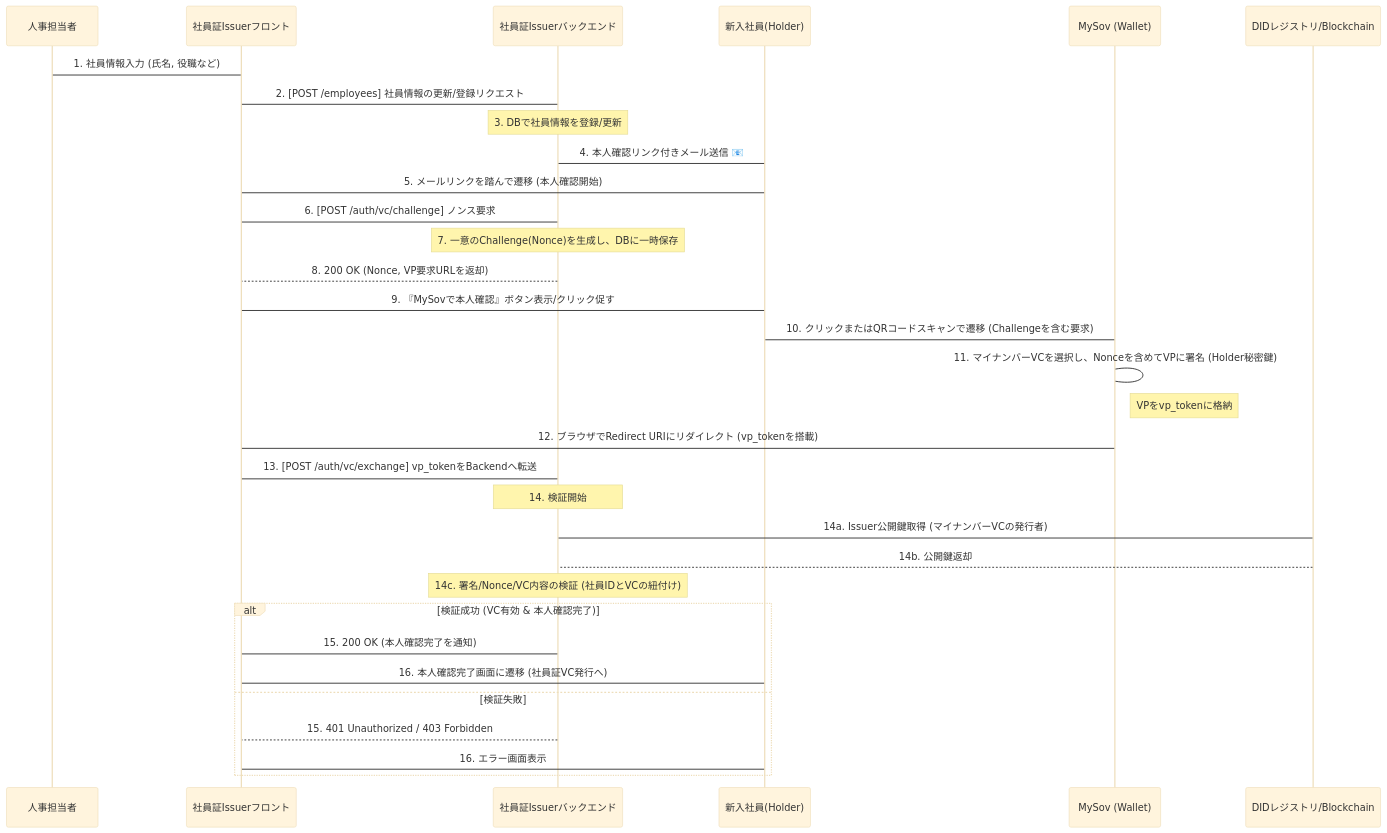
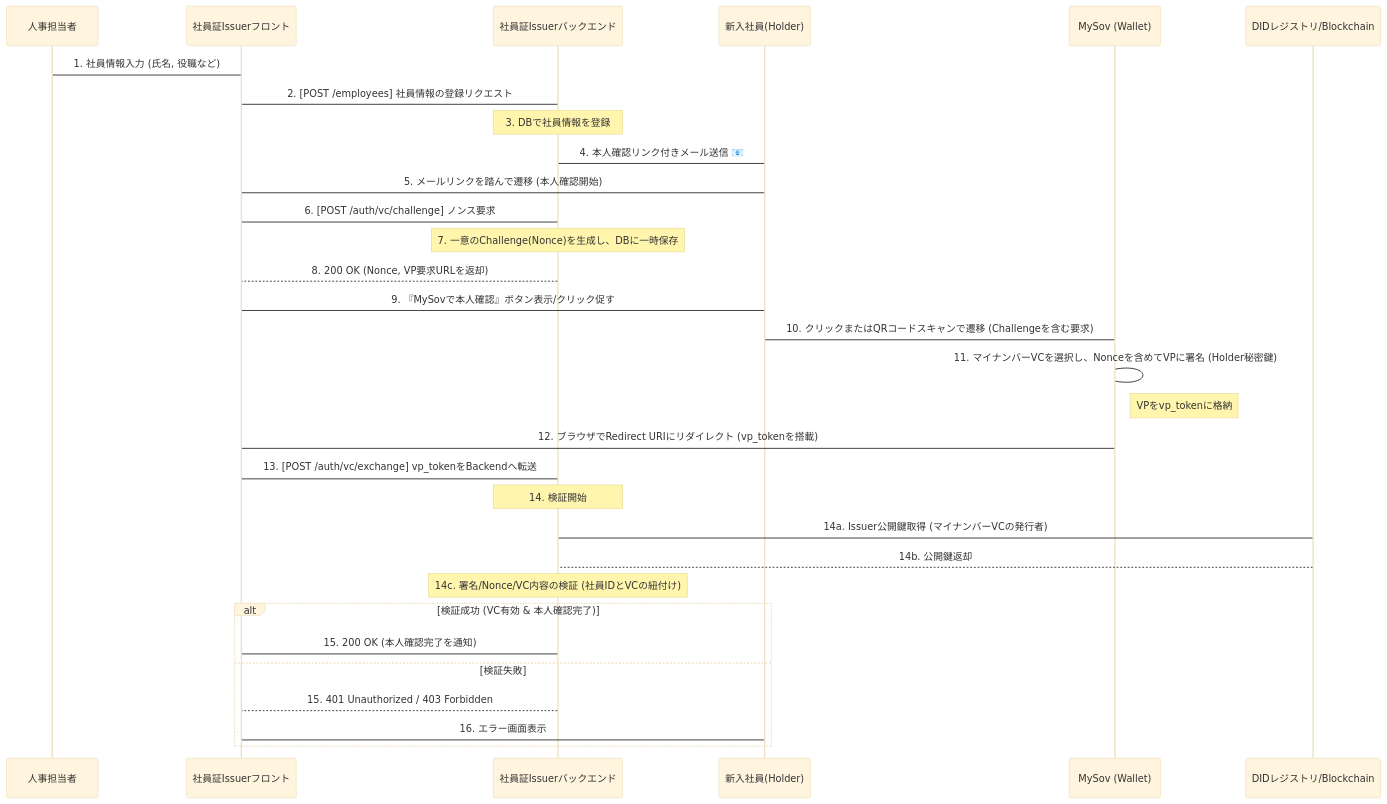
The second of 2 diagrams in README.md (satoke-dp/sample), drawn with Mermaid (base theme) before and after one commit.

````diff
--- a/README.md
+++ b/README.md
@@ -42,45 +42,44 @@
 ```mermaid
 sequenceDiagram
     participant HR as 人事担当者
     participant IssuerFE as 社員証Issuerフロント
     participant IssuerBE as 社員証Issuerバックエンド
     participant NewHire as 新入社員(Holder)
     participant MySov as MySov (Wallet)
     participant VDR as DIDレジストリ/Blockchain
 
     %% 1. 情報入力と更新 (発行のトリガー)
     HR->IssuerFE: 1. 社員情報入力 (氏名, 役職など)
-    IssuerFE->IssuerBE: 2. [POST /employees] 社員情報の更新/登録リクエスト
-    Note over IssuerBE: 3. DBで社員情報を登録/更新
+    IssuerFE->IssuerBE: 2. [POST /employees] 社員情報の登録リクエスト
+    Note over IssuerBE: 3. DBで社員情報を登録
     IssuerBE->NewHire: 4. 本人確認リンク付きメール送信 📧
 
     %% 5. VC検証要求 (Challenge Generation)
     NewHire->IssuerFE: 5. メールリンクを踏んで遷移 (本人確認開始)
     IssuerFE->IssuerBE: 6. [POST /auth/vc/challenge] ノンス要求
     Note over IssuerBE: 7. 一意のChallenge(Nonce)を生成し、DBに一時保存
     IssuerBE-->IssuerFE: 8. 200 OK (Nonce, VP要求URLを返却)
     
     IssuerFE->NewHire: 9. 『MySovで本人確認』ボタン表示/クリック促す
     NewHire->MySov: 10. クリックまたはQRコードスキャンで遷移 (Challengeを含む要求)
 
     %% 6. 署名と提示 (VP Presentation)
     MySov->MySov: 11. マイナンバーVCを選択し、Nonceを含めてVPに署名 (Holder秘密鍵)
     Note right of MySov: VPをvp_tokenに格納
     MySov->IssuerFE: 12. ブラウザでRedirect URIにリダイレクト (vp_tokenを搭載)
 
     %% 7. 検証と認証 (Verification)
     IssuerFE->IssuerBE: 13. [POST /auth/vc/exchange] vp_tokenをBackendへ転送
     
     Note over IssuerBE: 14. 検証開始
     IssuerBE->VDR: 14a. Issuer公開鍵取得 (マイナンバーVCの発行者)
     VDR-->IssuerBE: 14b. 公開鍵返却
     Note over IssuerBE: 14c. 署名/Nonce/VC内容の検証 (社員IDとVCの紐付け)
 
     alt 検証成功 (VC有効 & 本人確認完了)
         IssuerBE->IssuerFE: 15. 200 OK (本人確認完了を通知)
-        IssuerFE->NewHire: 16. 本人確認完了画面に遷移 (社員証VC発行へ)
     else 検証失敗
         IssuerBE-->IssuerFE: 15. 401 Unauthorized / 403 Forbidden
         IssuerFE->NewHire: 16. エラー画面表示
     end
 ```
````
